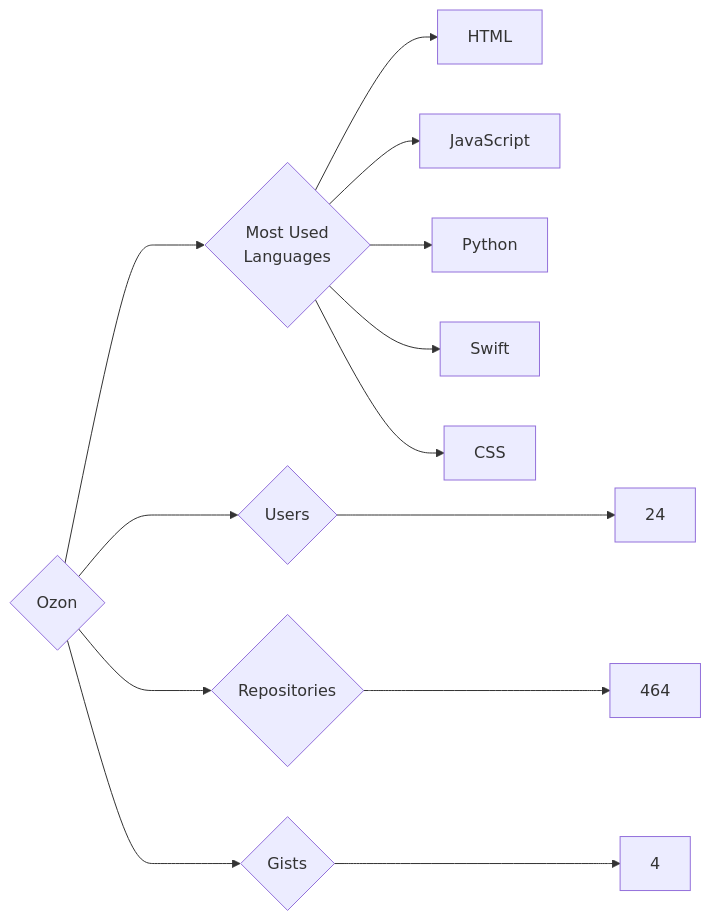
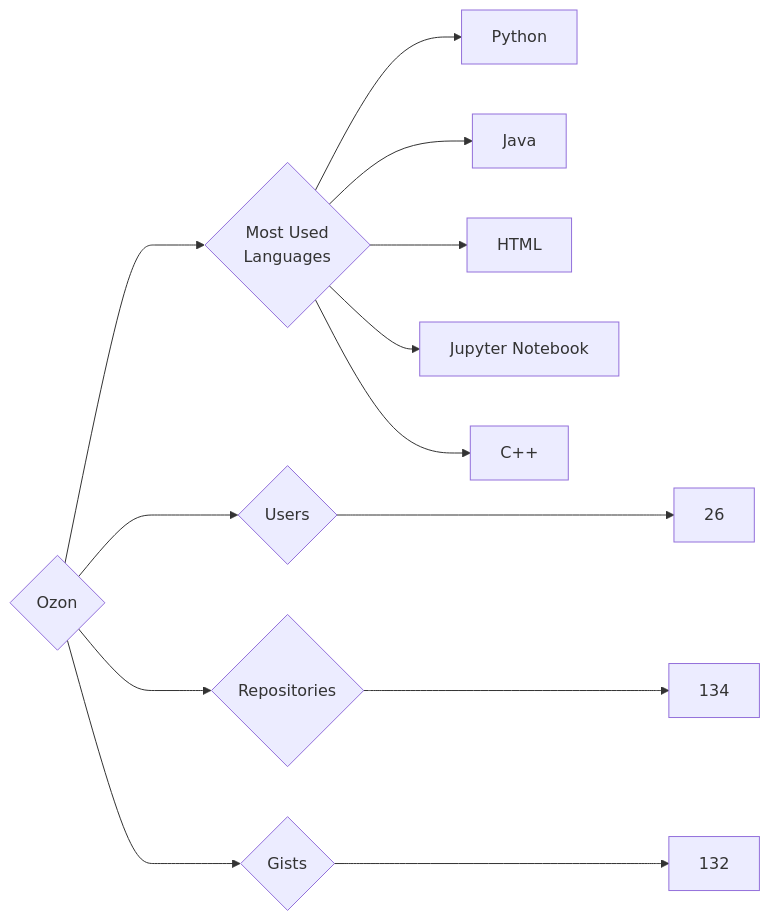
One commit to trickest/insiders changed the diagram in targets/Ozon/README.md. Above: the diagram before and after it, drawn with Mermaid. The commit also changed 973 other files, not shown here.

````diff
--- a/targets/Ozon/README.md
+++ b/targets/Ozon/README.md
@@ -3,13 +3,13 @@
 ```mermaid
 graph LR
 COMPANY_NAME{Ozon}
-COMPANY_NAME ---> U{Users} ---> UN[24]
-COMPANY_NAME ---> R{Repositories} ---> RN[464]
-COMPANY_NAME ---> G{Gists} ---> GN[4]
+COMPANY_NAME ---> U{Users} ---> UN[26]
+COMPANY_NAME ---> R{Repositories} ---> RN[134]
+COMPANY_NAME ---> G{Gists} ---> GN[132]
 COMPANY_NAME ---> ML{Most Used<br>Languages}
+ML --> Python[Python]
+ML --> Java[Java]
 ML --> HTML[HTML]
-ML --> JavaScript[JavaScript]
-ML --> Python[Python]
-ML --> Swift[Swift]
-ML --> CSS[CSS]
+ML --> Jupyter_Notebook[Jupyter Notebook]
+ML --> C++[C++]
 ```
````
